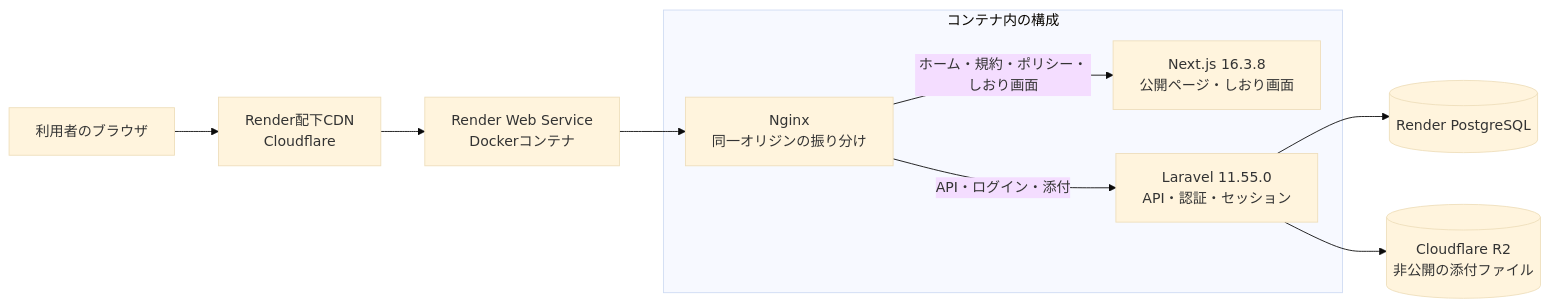
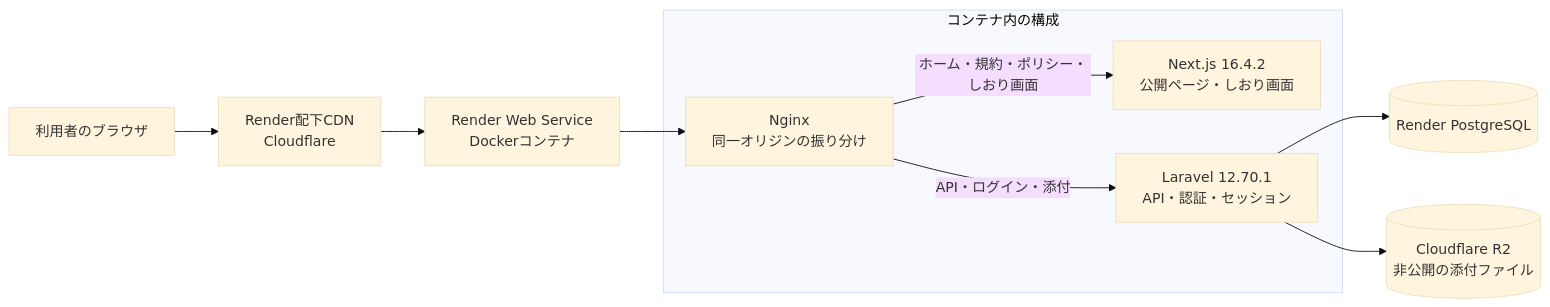
The first of 2 diagrams in README.md (ramer-orange/guide), drawn with Mermaid (base theme) before and after one commit. The commit also changed other lines of this file and 35 other files, not shown here.

````diff
--- a/README.md
+++ b/README.md
@@ -105,15 +105,15 @@
 ```mermaid
 flowchart LR
     User[利用者のブラウザ] --> Edge[Render配下CDN<br/>Cloudflare]
     Edge --> Render[Render Web Service<br/>Dockerコンテナ]
     subgraph App[コンテナ内の構成]
         Nginx[Nginx<br/>同一オリジンの振り分け]
-        Next[Next.js 16.3.8<br/>公開ページ・しおり画面]
-        Laravel[Laravel 11.55.0<br/>API・認証・セッション]
+        Next[Next.js 16.4.2<br/>公開ページ・しおり画面]
+        Laravel[Laravel 12.70.1<br/>API・認証・セッション]
         Nginx -->|ホーム・規約・ポリシー・しおり画面| Next
         Nginx -->|API・ログイン・添付| Laravel
     end
     Render --> Nginx
     Laravel --> DB[(Render PostgreSQL)]
     Laravel --> R2[(Cloudflare R2<br/>非公開の添付ファイル)]
 ```
````
